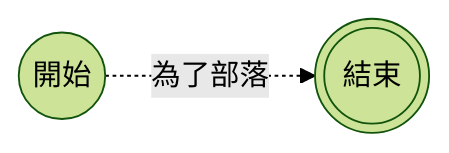
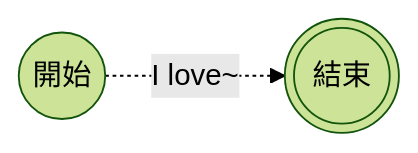
Before and after one commit to kuku0508/kuku_note_ver_2: the first of 2 diagrams in 知識/程式語言/Mermaid/語法/流程圖/連結目錄/有文字的虛線箭頭連結.md, drawn with Mermaid (forest theme). The commit also changed other lines of this file and 1 other file, not shown here.

````diff
--- a/知識/程式語言/Mermaid/語法/流程圖/連結目錄/有文字的虛線箭頭連結.md
+++ b/知識/程式語言/Mermaid/語法/流程圖/連結目錄/有文字的虛線箭頭連結.md
@@ -2,6 +2,6 @@
 ```Mermaid
 flowchart LR
 A@{shape: circle, label: "開始"}
 B@{shape: dbl-circ, label: "結束"}
-A -.->|為了部落| B
+A -. I love~ .-> B
 ```
````
